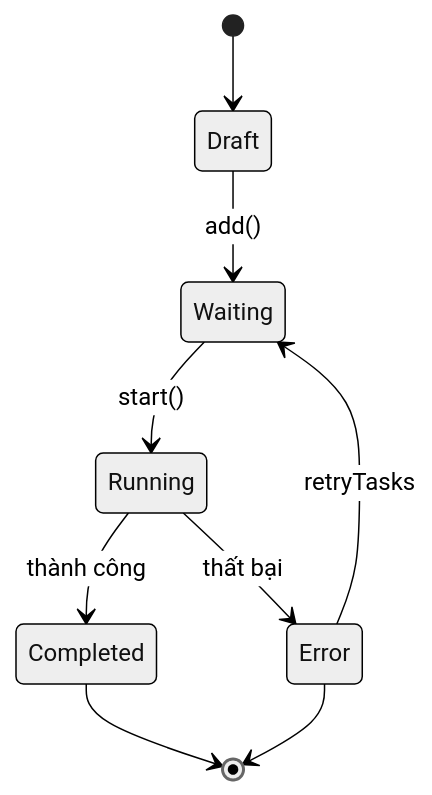
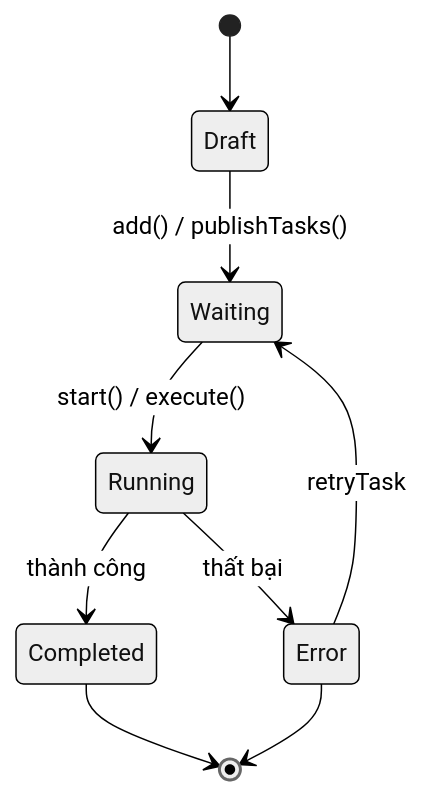
One commit to 2noScript/kernel-script changed the fourth of 4 diagrams in README.vi.md. Above: the diagram before and after it, drawn with Mermaid (neutral theme). The commit also changed other lines of this file and 3 other files, not shown here.

Commit message:
refactor: simplify library API by replacing setupKernelScript with bootstrap and updating documentation with architecture diagrams

````diff
--- a/README.vi.md
+++ b/README.vi.md
@@ -177,11 +163,11 @@
 ```mermaid
 stateDiagram-v2
     [*] --> Draft
-    Draft --> Waiting: add()
-    Waiting --> Running: start()
+    Draft --> Waiting: add() / publishTasks()
+    Waiting --> Running: start() / execute()
     Running --> Completed: thành công
     Running --> Error: thất bại
-    Error --> Waiting: retryTasks
+    Error --> Waiting: retryTask
     Completed --> [*]
     Error --> [*]
 ```
````
